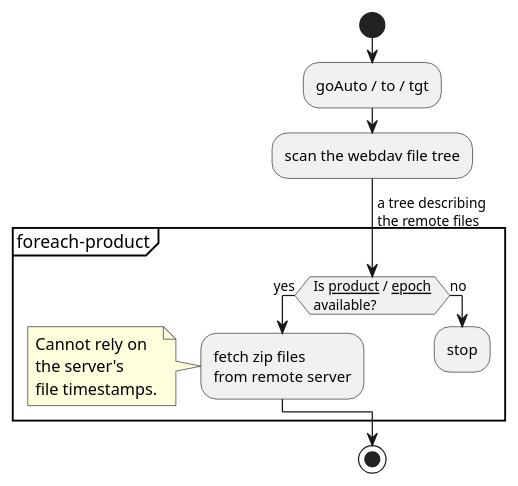
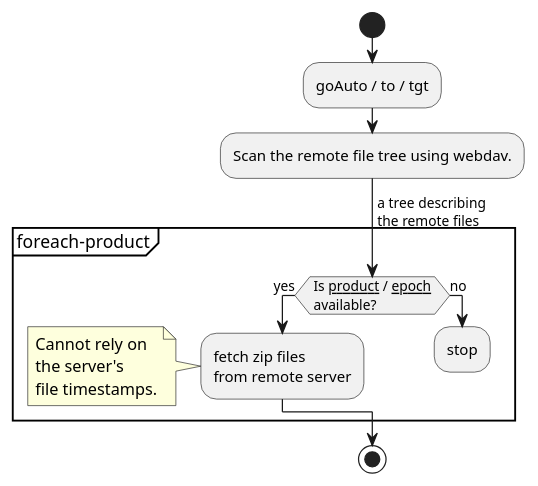
The diagram in docs/go-auto.puml (openregister/address-reputation-ingester), drawn with PlantUML before and after one commit. The commit also changed 12 other files, not shown here.

```diff
--- a/docs/go-auto.puml
+++ b/docs/go-auto.puml
@@ -1,26 +1,26 @@
 @startuml
 
 start
 
 :goAuto / to / tgt;
 
-:scan the webdav file tree;
+:Scan the remote file tree using webdav.;
 
 -> a tree describing\nthe remote files;
 
 partition foreach-product {
 
 if ( Is __product__ / __epoch__ \n available?) then (yes)
   :fetch zip files\nfrom remote server;
   note left: Cannot rely on\nthe server's\nfile timestamps.
 
 else (no)
   :stop;
   detach
 endif
 
 }
 
 stop
 
 @enduml
```
